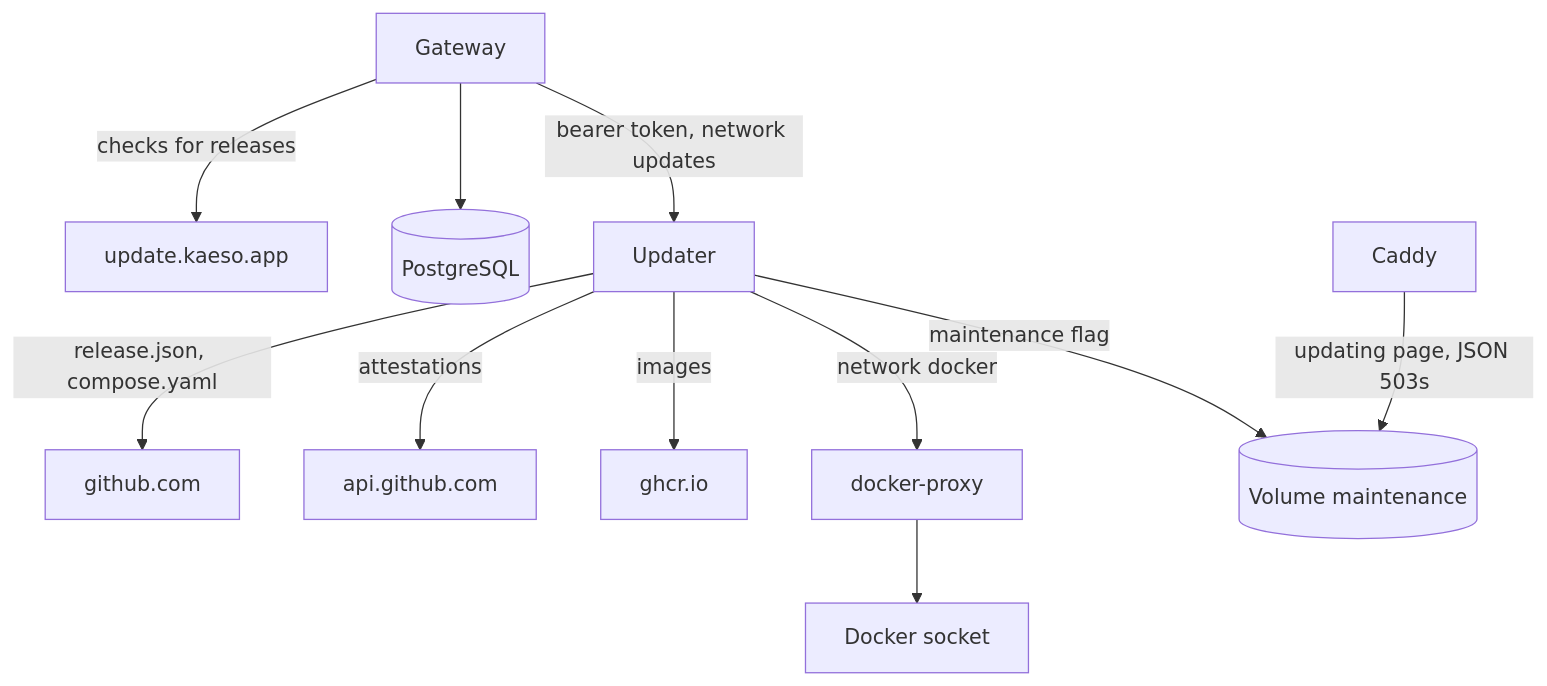
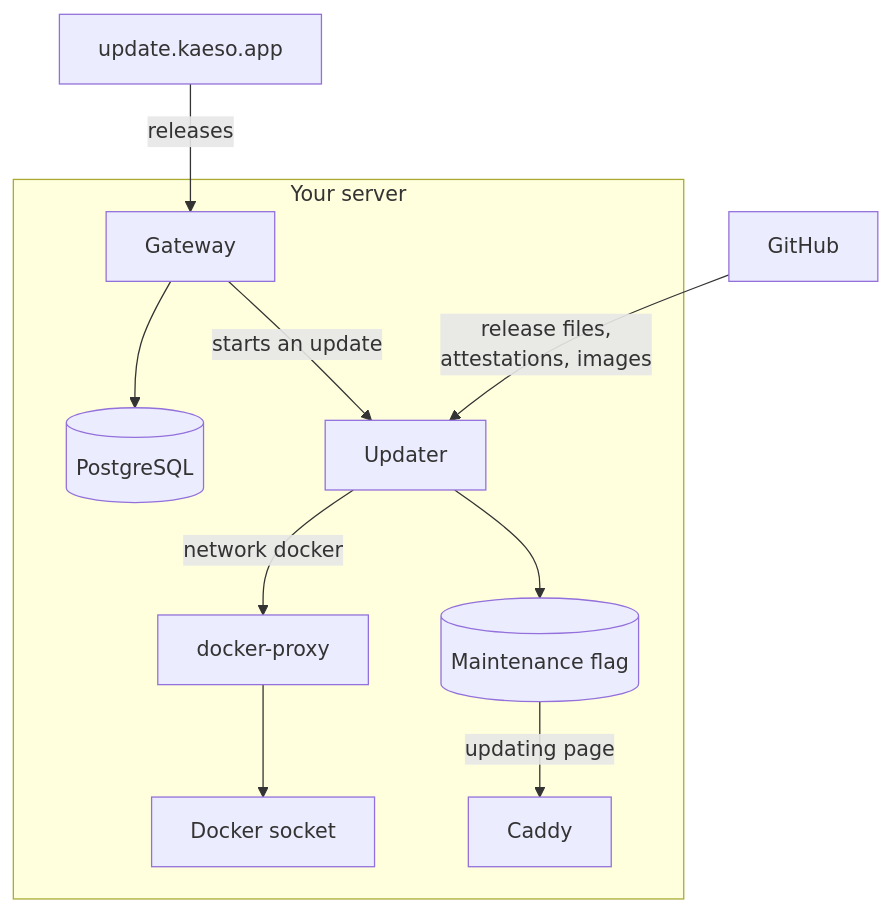
One commit to logicplanes/kaeso changed the diagram in apps/docs/content/en/development/architecture/updates.md. Above: the diagram before and after it, drawn with Mermaid. The commit also changed 89 other files, not shown here.

First line of the commit message:
Redraw the development pages' diagrams around what a contributor changes

````diff
--- a/apps/docs/content/en/development/architecture/updates.md
+++ b/apps/docs/content/en/development/architecture/updates.md
@@ -9,15 +9,23 @@
 ```mermaid
 flowchart TD
   accTitle: How an install learns about releases and updates
-  accDescr: The gateway checks update.kaeso.app for releases, keeps its state in PostgreSQL and asks the updater over the internal network updates with a bearer token. The updater fetches release.json and compose.yaml from github.com, attestations from api.github.com and images from ghcr.io, reaches Docker only through docker-proxy on the internal network docker, and writes the maintenance flag that Caddy reads to serve the updating page and the JSON 503s.
-  gateway[Gateway] -- checks for releases --> releases[update.kaeso.app]
-  gateway --> postgres[(PostgreSQL)]
-  gateway -- bearer token, network updates --> updater[Updater]
-  updater -- release.json, compose.yaml --> github[github.com]
-  updater -- attestations --> api[api.github.com]
-  updater -- images --> ghcr[ghcr.io]
-  updater -- network docker --> proxy[docker-proxy]
-  proxy --> socket[Docker socket]
-  updater -- maintenance flag --> maintenance[(Volume maintenance)]
-  caddy[Caddy] -- updating page, JSON 503s --> maintenance
+  accDescr: The gateway gets the list of releases from update.kaeso.app, keeps its update state in PostgreSQL and starts an update on the updater with a bearer token over the internal network updates. The updater fetches release.json and compose.yaml from github.com, attestations from api.github.com and images from ghcr.io. It reaches the Docker socket only through docker-proxy on the internal network docker, and writes the maintenance flag that Caddy reads to serve the updating page and the JSON 503s.
+  feed[update.kaeso.app]:::outside
+  github[GitHub]:::outside
+  subgraph server [Your server]
+    gateway[Gateway]:::accent
+    postgres[(PostgreSQL)]
+    updater[Updater]
+    proxy[docker-proxy]
+    socket[Docker socket]
+    flag[(Maintenance flag)]
+    caddy[Caddy]
+  end
+  feed -- releases --> gateway
+  gateway --> postgres
+  gateway -- starts an update --> updater
+  github -- release files,<br>attestations, images --> updater
+  updater -- network docker --> proxy --> socket
+  updater --> flag
+  flag -- updating page --> caddy
 ```
````
